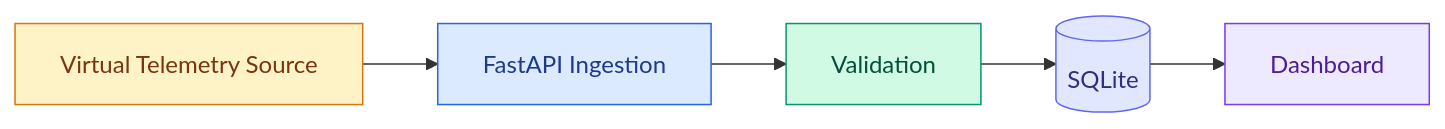
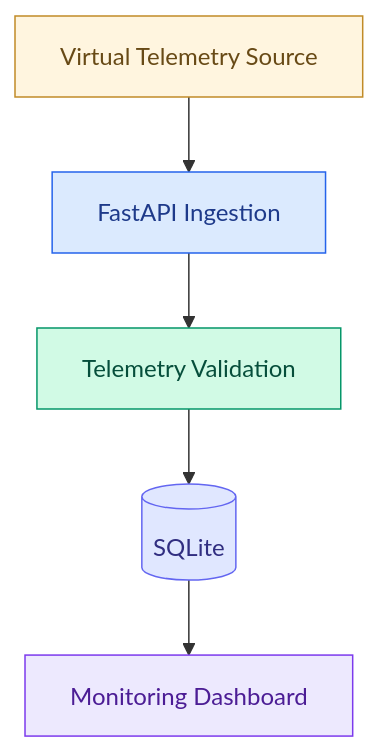
One commit to chamanvashishth/MW-SENSE changed the fourth of 5 diagrams in README.md. Above: the diagram before and after it, drawn with Mermaid. The commit also changed other lines of this file, not shown here.

````diff
--- a/README.md
+++ b/README.md
@@ -155,16 +186,19 @@
 ```mermaid
-flowchart LR
+flowchart TB
     V["Virtual Telemetry Source"]
     API["FastAPI Ingestion"]
-    VALID["Validation"]
+    VALIDATE["Telemetry Validation"]
     DB[("SQLite")]
-    DASH["Dashboard"]
+    DASH["Monitoring Dashboard"]
 
-    V --> API --> VALID --> DB --> DASH
+    V --> API
+    API --> VALIDATE
+    VALIDATE --> DB
+    DB --> DASH
 
-    style V fill:#fef3c7,stroke:#d97706,color:#78350f
+    style V fill:#fff5df,stroke:#c18b27,color:#684a16
     style API fill:#dbeafe,stroke:#2563eb,color:#1e3a8a
-    style VALID fill:#d1fae5,stroke:#059669,color:#064e3b
+    style VALIDATE fill:#d1fae5,stroke:#059669,color:#064e3b
     style DB fill:#e0e7ff,stroke:#6366f1,color:#312e81
     style DASH fill:#ede9fe,stroke:#7c3aed,color:#4c1d95
 ```
````
